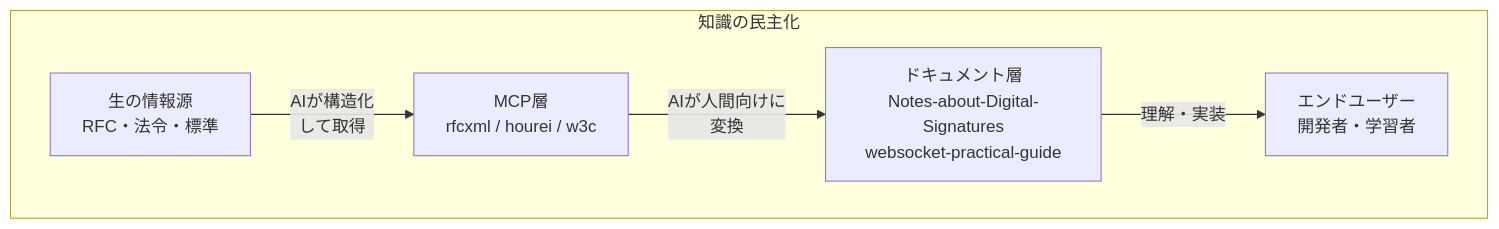
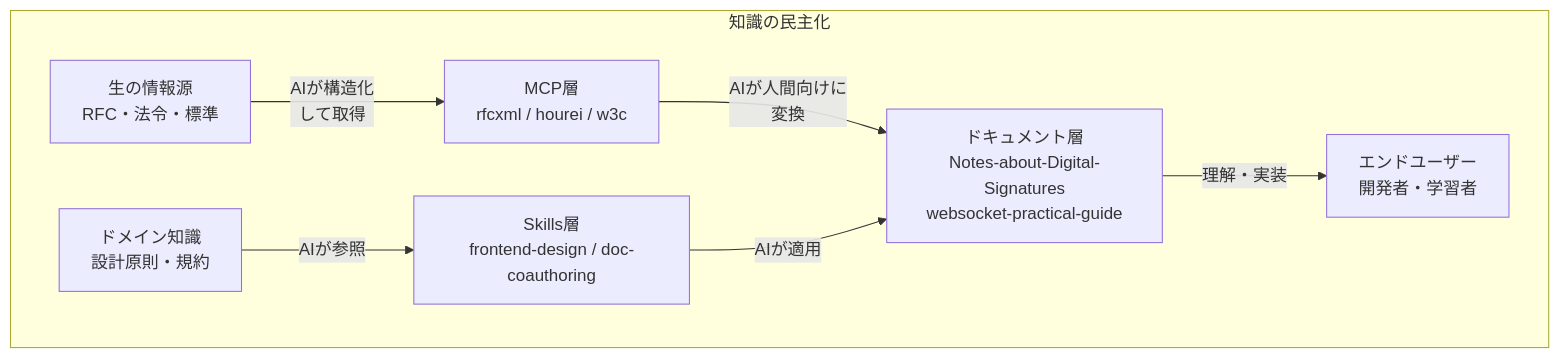
The third of 3 diagrams in docs/concepts/01-vision.md (shuji-bonji/ai-agent-architecture), drawn with Mermaid before and after one commit. The commit also changed other lines of this file and 2 other files, not shown here.

````diff
--- a/docs/concepts/01-vision.md
+++ b/docs/concepts/01-vision.md
@@ -161,13 +187,17 @@
 ```mermaid
 graph TB
     subgraph 知識の民主化
         RAW[生の情報源<br/>RFC・法令・標準]
+        DOMAIN[ドメイン知識<br/>設計原則・規約]
         MCP[MCP層<br/>rfcxml / hourei / w3c]
+        SKILLS[Skills層<br/>frontend-design / doc-coauthoring]
         DOC[ドキュメント層<br/>Notes-about-Digital-Signatures<br/>websocket-practical-guide]
         USER[エンドユーザー<br/>開発者・学習者]
 
         RAW -->|"AIが構造化<br/>して取得"| MCP
+        DOMAIN -->|"AIが参照"| SKILLS
         MCP -->|"AIが人間向けに<br/>変換"| DOC
+        SKILLS -->|"AIが適用"| DOC
         DOC -->|"理解・実装"| USER
     end
 ```
````
